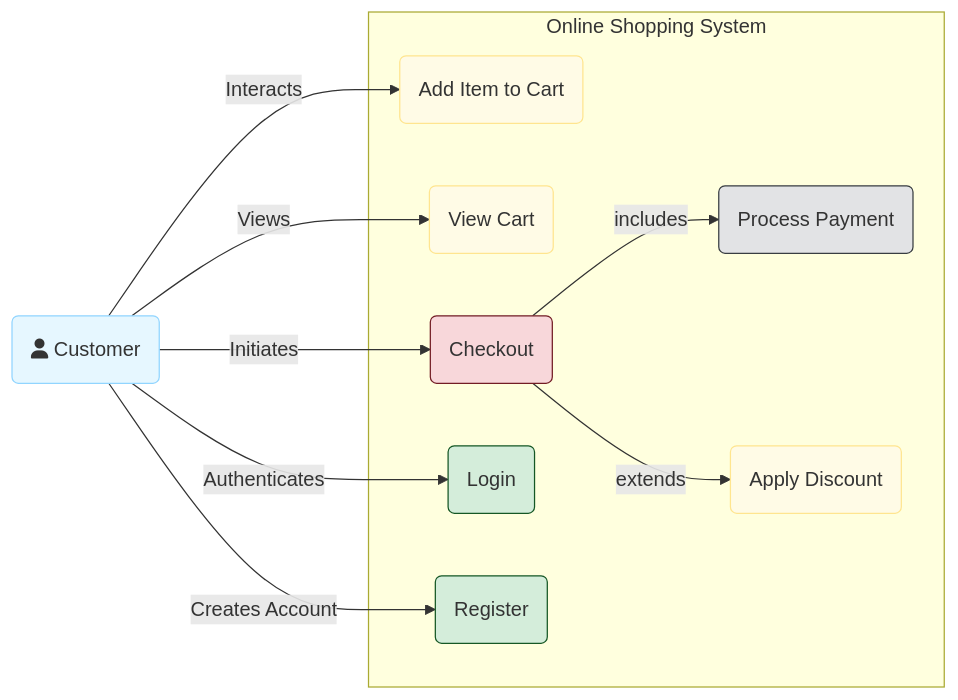
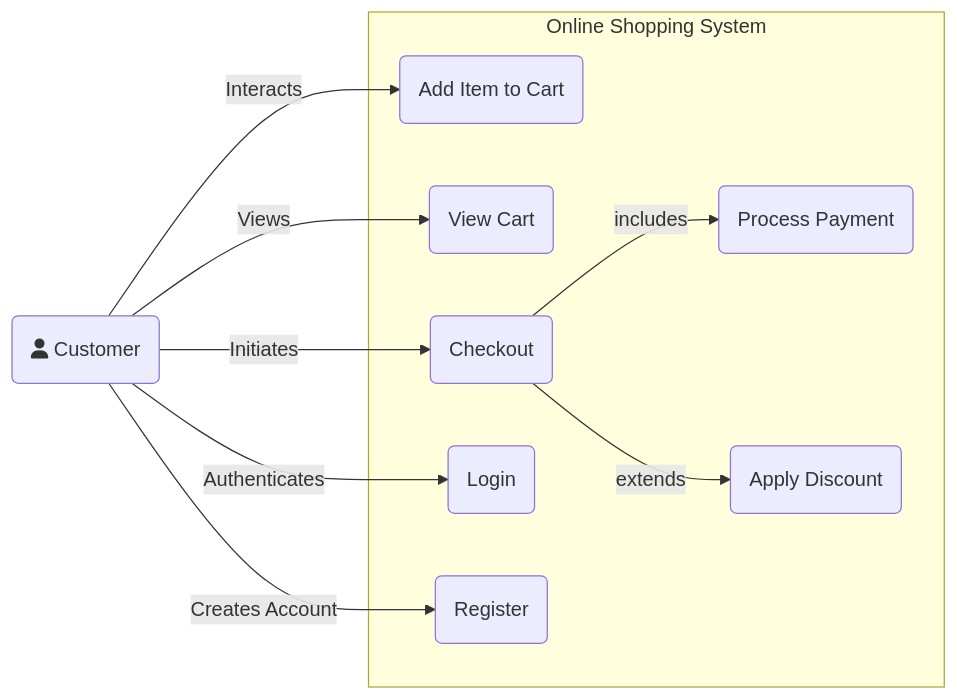
The second of 4 diagrams in docs/software-modeling/context-modeling.md (sujith-eag/sujith-library), drawn with Mermaid before and after one commit. The commit also changed other lines of this file and 41 other files, not shown here.

First line of the commit message:
Refactor diagrams and remove redundant styles in documentation

````diff
--- a/docs/software-modeling/context-modeling.md
+++ b/docs/software-modeling/context-modeling.md
@@ -47,32 +41,23 @@
 ```mermaid
 graph LR
     Customer(fa:fa-user Customer)
     
     subgraph "Online Shopping System"
         UC_Add(Add Item to Cart)
         UC_View(View Cart)
         UC_Checkout(Checkout)
         UC_Login(Login)
         UC_Register(Register)
         UC_ProcessPayment(Process Payment)
         UC_ApplyDiscount(Apply Discount)
     end
 
     Customer -- "Interacts" --> UC_Add
     Customer -- "Views" --> UC_View
     Customer -- "Initiates" --> UC_Checkout
     Customer -- "Authenticates" --> UC_Login
     Customer -- "Creates Account" --> UC_Register
 
     UC_Checkout -- "includes" --> UC_ProcessPayment
     UC_Checkout -- "extends" --> UC_ApplyDiscount
-
-    style Customer fill:#e6f7ff,stroke:#91d5ff
-    style UC_Add fill:#fffbe6,stroke:#ffe58f
-    style UC_View fill:#fffbe6,stroke:#ffe58f
-    style UC_Checkout fill:#f8d7da,stroke:#721c24
-    style UC_Login fill:#d4edda,stroke:#155724
-    style UC_Register fill:#d4edda,stroke:#155724
-    style UC_ProcessPayment fill:#e2e3e5,stroke:#383d41
-    style UC_ApplyDiscount fill:#fffbe6,stroke:#ffe58f
 ```
````
